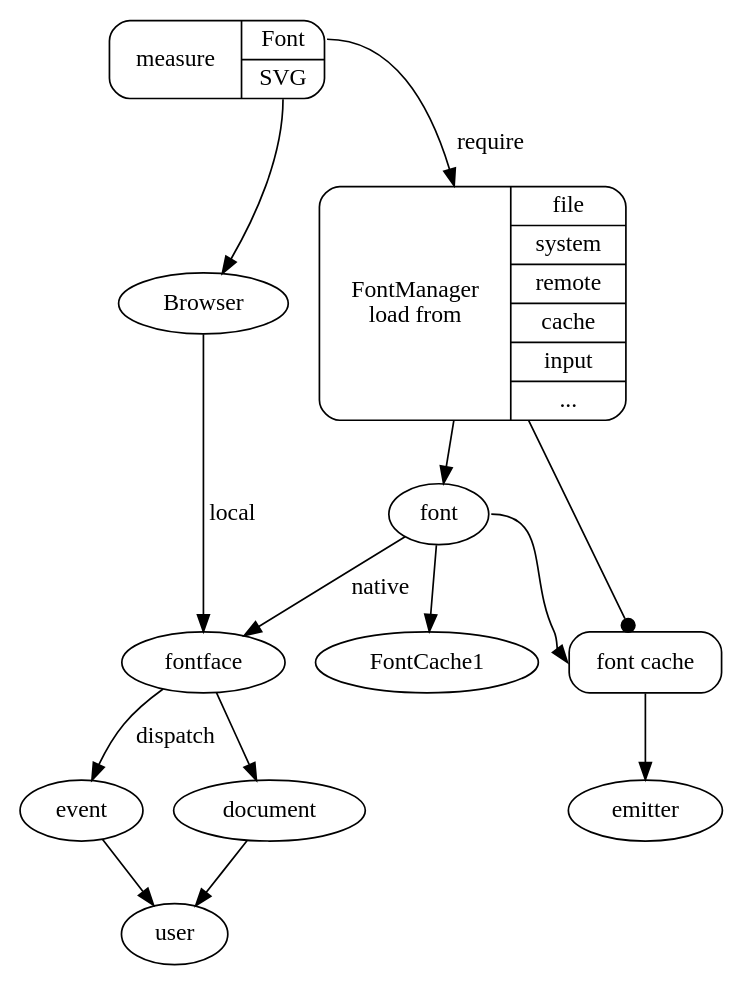
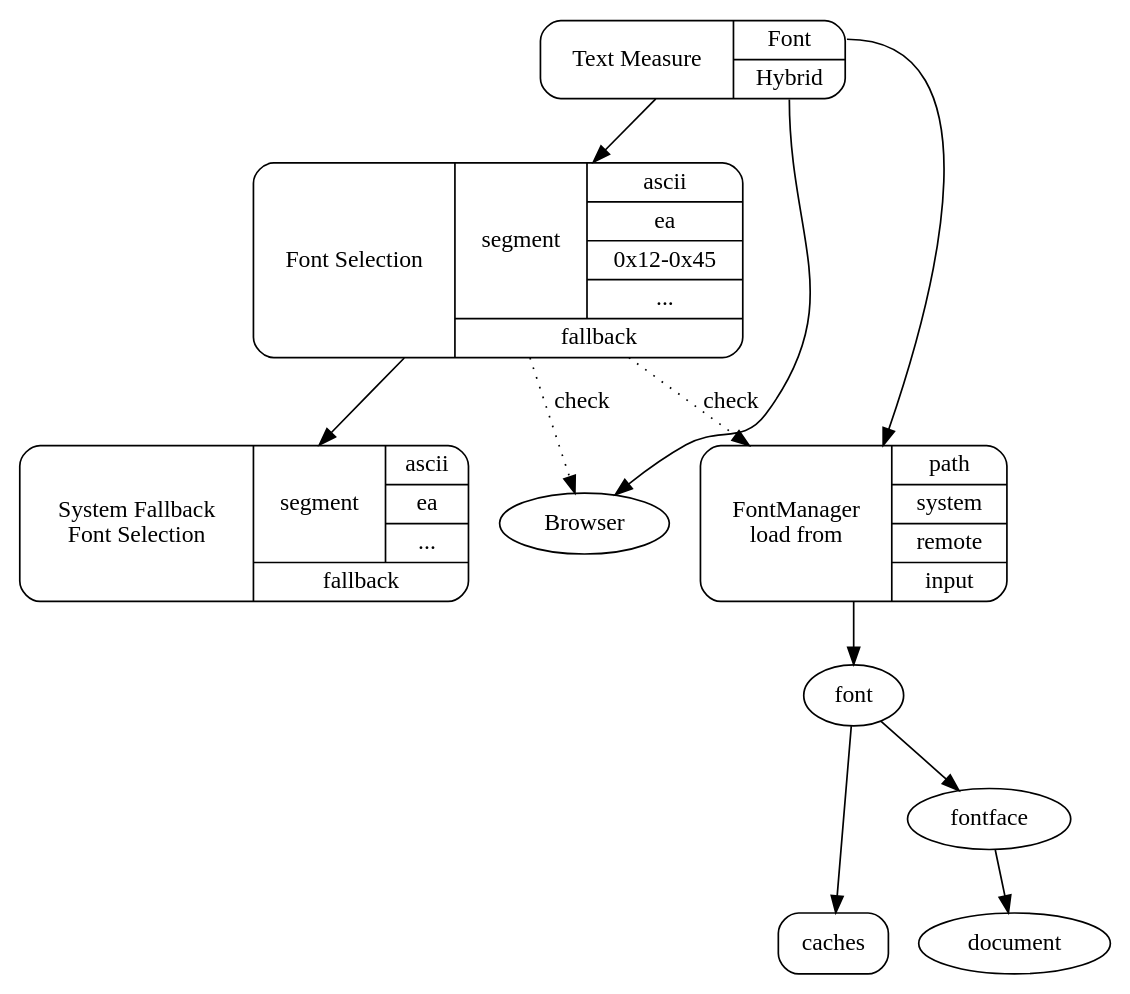
One commit to lalalic/we-edit changed the diagram in packages/we-edit-representation-pagination/font.dot. Above: the diagram before and after it, drawn with Graphviz. The commit also changed 5 other files, not shown here.

```diff
--- a/packages/we-edit-representation-pagination/font.dot
+++ b/packages/we-edit-representation-pagination/font.dot
@@ -1,31 +1,22 @@
 digraph G {
     /* Entities */
-    measure[shape=Mrecord label="measure|{<font>Font|<svg>SVG}"]
-    FontManager[shape=Mrecord label="FontManager\nload from|{file|system|remote|cache|input|...}"]
-    FontLoaded[label="event"]
-    FontCache[shape=Mrecord label="font cache"]
+    measure[shape=Mrecord label="Text Measure|{<font>Font|<hybrid>Hybrid}"]
+    FontManager[shape=Mrecord label="FontManager\nload from|{path|system|remote|input}"]
+    FontCache[shape=Mrecord label="caches"]
+    FontSelection[shape=Mrecord label="Font Selection | { {<segment>segment | { ascii | ea | 0x12-0x45|... }} | <fallback>fallback}"]
+    SystemFallbackMeasure[shape=Mrecord label="System Fallback \nFont Selection | { {<segment>segment | { ascii | ea | ... }} | <fallback>fallback}"]
     /* Relationships */
-    //fonts -> measure[label="layout"] 
-    //fonts -> browser[label="display"]
-    measure:font -> FontManager[label="require"]
-    measure:svg -> Browser
+    measure:font -> FontManager
+    measure:hybrid -> Browser
 
-    FontManager->font
-    Browser->fontface[label="local"]
+    FontManager->font->fontface->document
+    font -> FontCache
 
-    font->fontface[label="native"]
-    font->FontCache1
-    font:e->FontCache:w
-    FontManager->FontCache[arrowhead=dot]
-    fontface->FontLoaded[label="dispatch"]
-    fontface->document
-
-    FontLoaded->user
-    document->user
-
-    FontCache->emitter
+    measure->FontSelection->SystemFallbackMeasure
+    FontSelection->Browser,FontManager[label=check style=dotted]
     
 
     /* Ranks */
     { rank=same; FontManager Browser};
+    { rank=same; FontCache document};
 }
```
